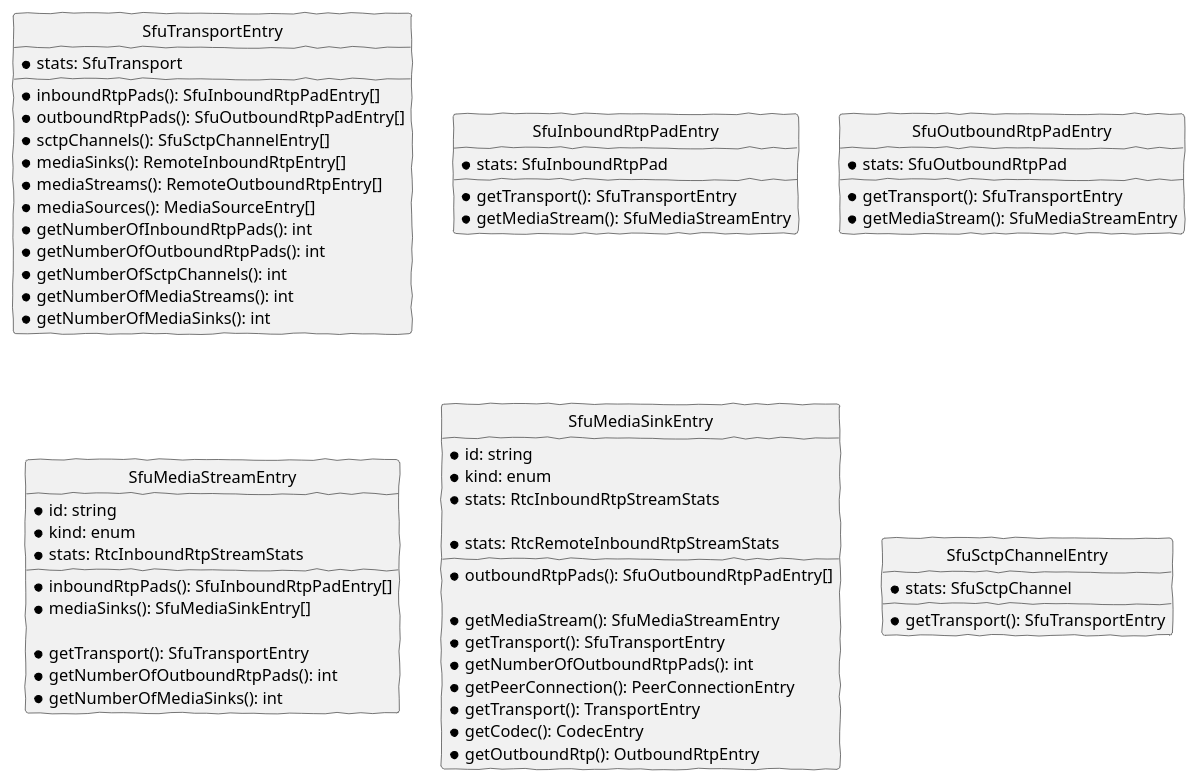
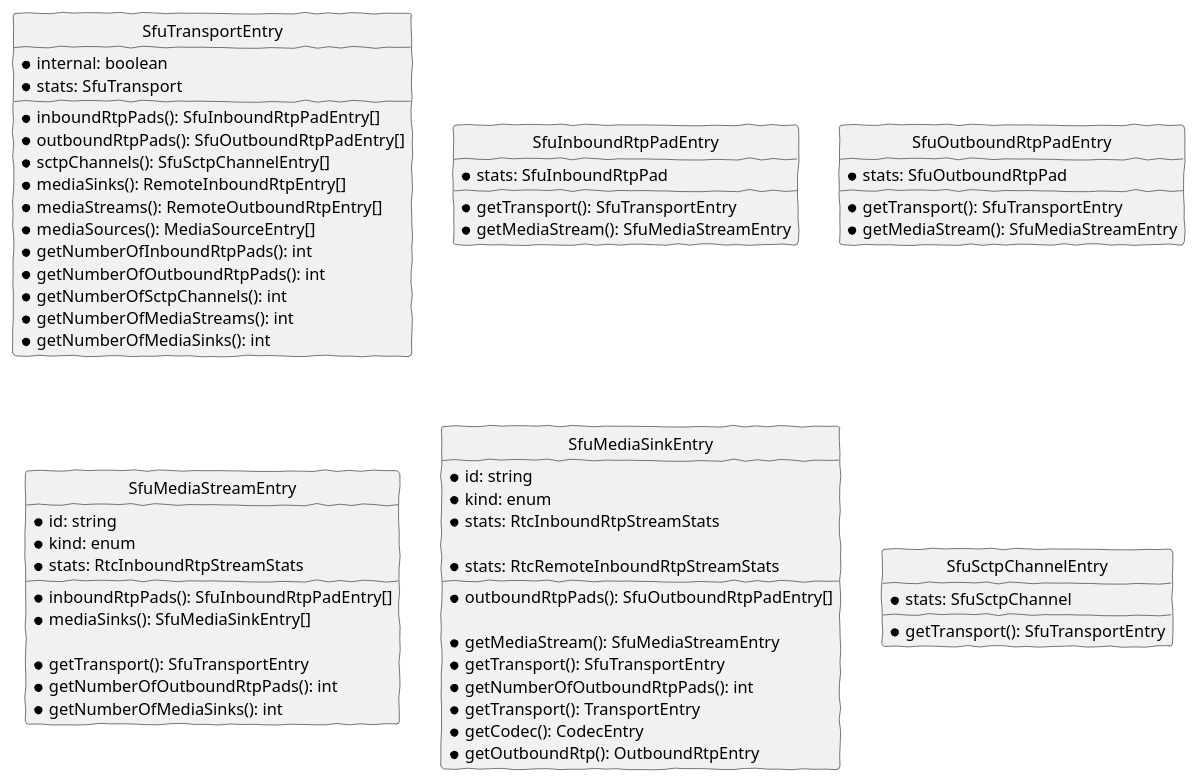
One commit to ObserveRTC/sfu-monitor-js changed the diagram in docs/navigation.puml. Above: the diagram before and after it, drawn with PlantUML. The commit also changed 5 other files, not shown here.

```diff
--- a/docs/navigation.puml
+++ b/docs/navigation.puml
@@ -1,72 +1,72 @@
 @startuml
 skinparam handwritten true
 skinparam monochrome true
 skinparam backgroundColor transparent
 
 ' hide the spot
 hide circle
 
 entity "SfuTransportEntry" {
+  *internal: boolean
   *stats: SfuTransport
   *inboundRtpPads(): SfuInboundRtpPadEntry[]
   *outboundRtpPads(): SfuOutboundRtpPadEntry[]
   *sctpChannels(): SfuSctpChannelEntry[]
   *mediaSinks(): RemoteInboundRtpEntry[]
   *mediaStreams(): RemoteOutboundRtpEntry[]
   *mediaSources(): MediaSourceEntry[]
   *getNumberOfInboundRtpPads(): int
   *getNumberOfOutboundRtpPads(): int
   *getNumberOfSctpChannels(): int
   *getNumberOfMediaStreams(): int
   *getNumberOfMediaSinks(): int
 }
 
 entity "SfuInboundRtpPadEntry" {
   *stats: SfuInboundRtpPad
   *getTransport(): SfuTransportEntry
   *getMediaStream(): SfuMediaStreamEntry
 }
 
 entity "SfuOutboundRtpPadEntry" {
   *stats: SfuOutboundRtpPad
   *getTransport(): SfuTransportEntry
   *getMediaStream(): SfuMediaStreamEntry
 }
 
 entity "SfuMediaStreamEntry" {
   *id: string
   *kind: enum
   *stats: RtcInboundRtpStreamStats
   *inboundRtpPads(): SfuInboundRtpPadEntry[]
   *mediaSinks(): SfuMediaSinkEntry[]
 
   *getTransport(): SfuTransportEntry
   *getNumberOfOutboundRtpPads(): int
   *getNumberOfMediaSinks(): int
 }
 
 entity "SfuMediaSinkEntry" {
   *id: string
   *kind: enum
   *stats: RtcInboundRtpStreamStats
   *outboundRtpPads(): SfuOutboundRtpPadEntry[]
 
   *getMediaStream(): SfuMediaStreamEntry
   *getTransport(): SfuTransportEntry
   *getNumberOfOutboundRtpPads(): int
 }
 
 entity "SfuMediaSinkEntry" {
   *stats: RtcRemoteInboundRtpStreamStats
-  *getPeerConnection(): PeerConnectionEntry
   *getTransport(): TransportEntry
   *getCodec(): CodecEntry
   *getOutboundRtp(): OutboundRtpEntry
 }
 
 entity "SfuSctpChannelEntry" {
   *stats: SfuSctpChannel
   *getTransport(): SfuTransportEntry
 }
 
 @enduml
```
